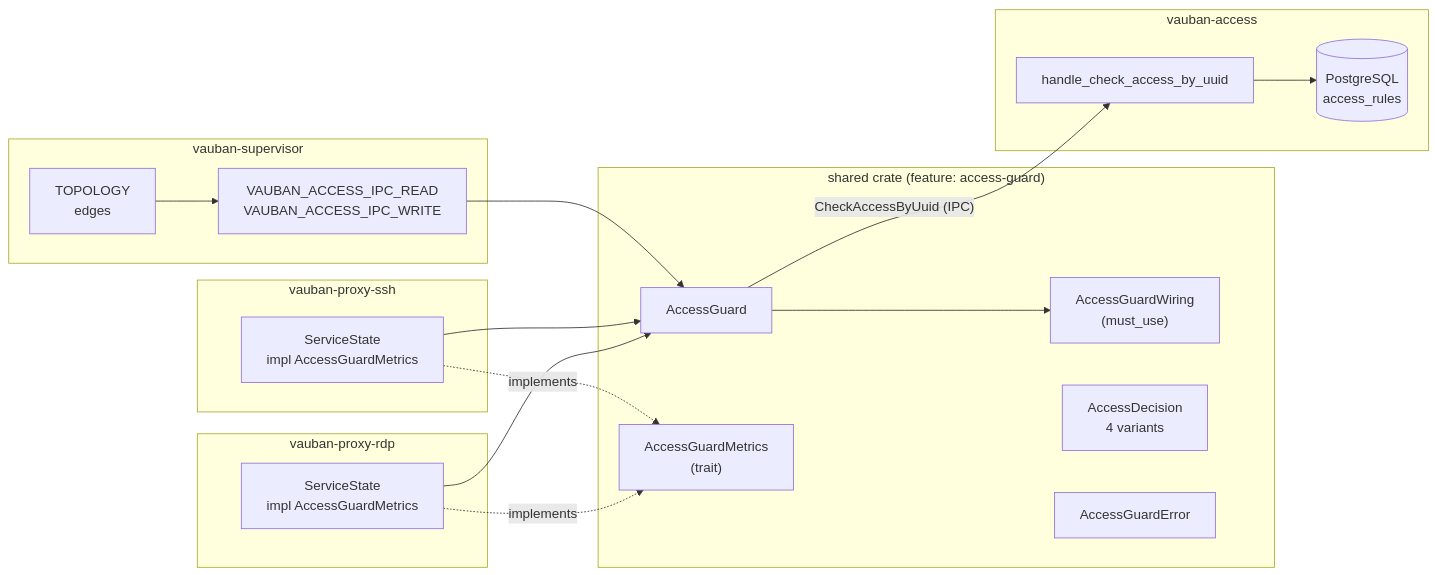
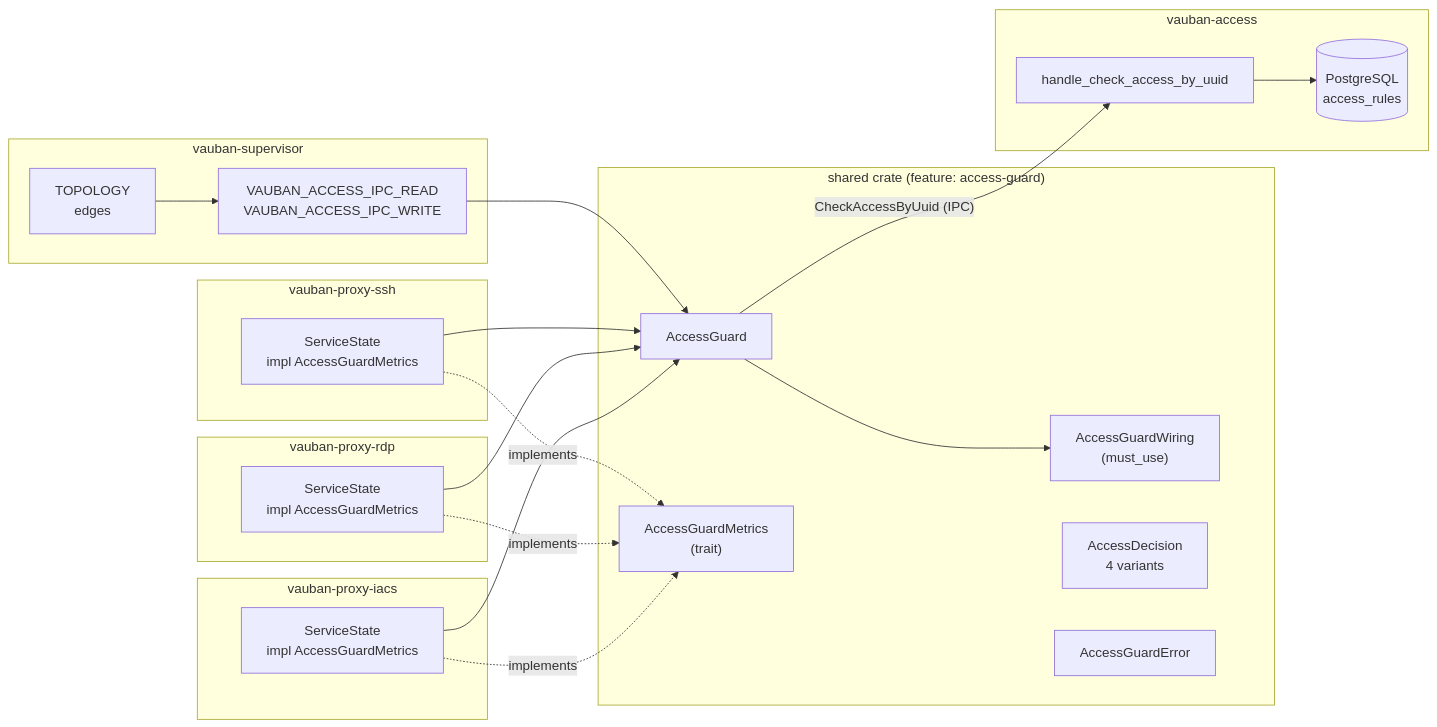
The third of 7 diagrams in docs/technical/Vauban_AccessGuard_Architecture_EN(1.0).md (rbenaley/Vauban), drawn with Mermaid before and after one commit. The commit also changed other lines of this file and 49 other files, not shown here.

First line of the commit message:
feat(iacs): split into vauban-proxy-iacs, per-asset target, bump to 0.7.8

````diff
--- a/docs/technical/Vauban_AccessGuard_Architecture_EN(1.0).md
+++ b/docs/technical/Vauban_AccessGuard_Architecture_EN(1.0).md
@@ -156,38 +156,44 @@
 ```mermaid
 flowchart LR
     subgraph shared["shared crate (feature: access-guard)"]
         AG["AccessGuard"]
         AGW["AccessGuardWiring<br/>(must_use)"]
         AGM["AccessGuardMetrics<br/>(trait)"]
         AD["AccessDecision<br/>4 variants"]
         AC["AccessGuardError"]
     end
 
     subgraph proxy_ssh["vauban-proxy-ssh"]
         SSH_STATE["ServiceState<br/>impl AccessGuardMetrics"]
     end
 
     subgraph proxy_rdp["vauban-proxy-rdp"]
         RDP_STATE["ServiceState<br/>impl AccessGuardMetrics"]
     end
 
+    subgraph proxy_iacs["vauban-proxy-iacs"]
+        IACS_STATE["ServiceState<br/>impl AccessGuardMetrics"]
+    end
+
     subgraph supervisor["vauban-supervisor"]
         TOPO["TOPOLOGY<br/>edges"]
         ENV["VAUBAN_ACCESS_IPC_READ<br/>VAUBAN_ACCESS_IPC_WRITE"]
     end
 
     subgraph access["vauban-access"]
         H["handle_check_access_by_uuid"]
         DB[("PostgreSQL<br/>access_rules")]
     end
 
     TOPO --> ENV
     ENV --> AG
     AG --> AGW
     SSH_STATE -. implements .-> AGM
     RDP_STATE -. implements .-> AGM
+    IACS_STATE -. implements .-> AGM
     SSH_STATE --> AG
     RDP_STATE --> AG
+    IACS_STATE --> AG
     AG -->|"CheckAccessByUuid (IPC)"| H
     H --> DB
 ```
````
